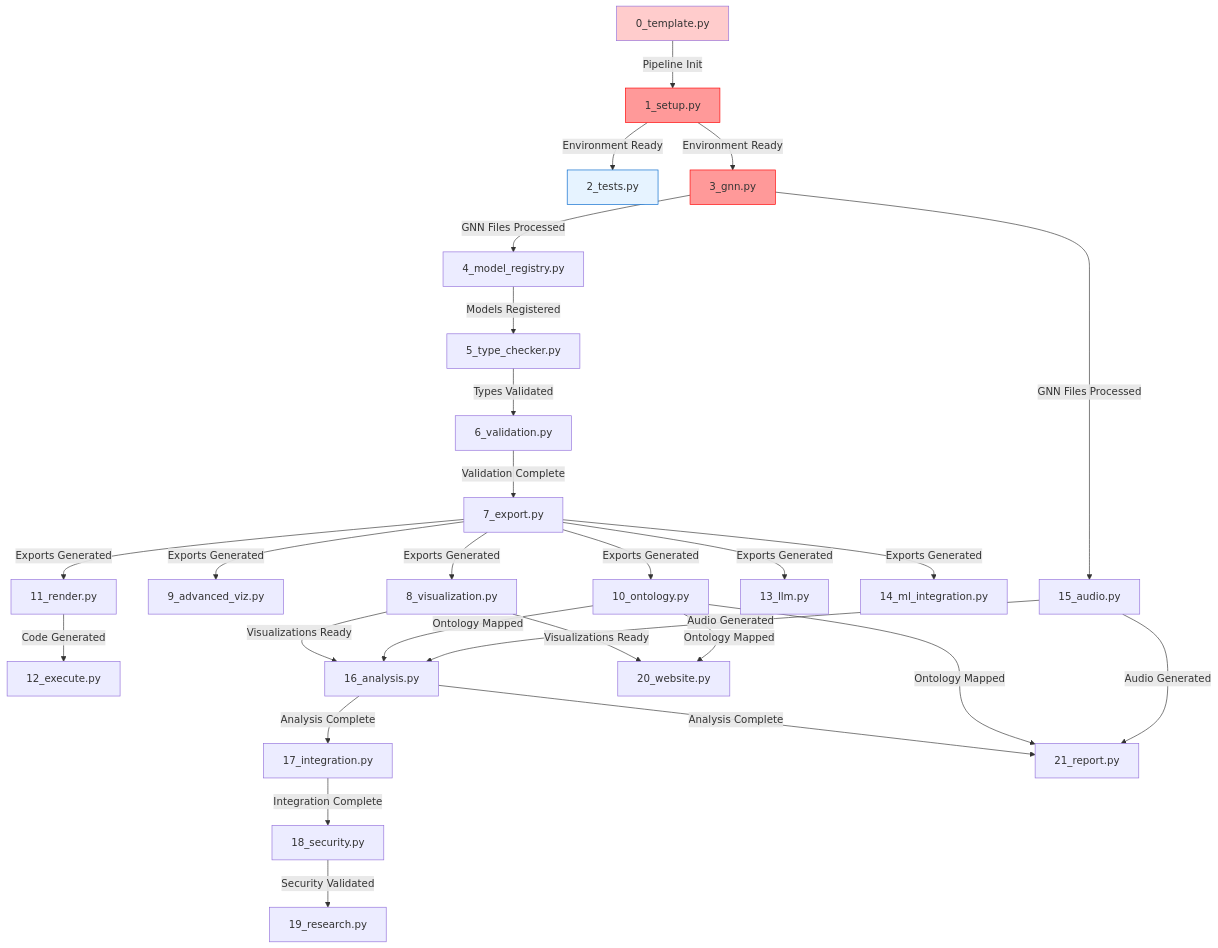
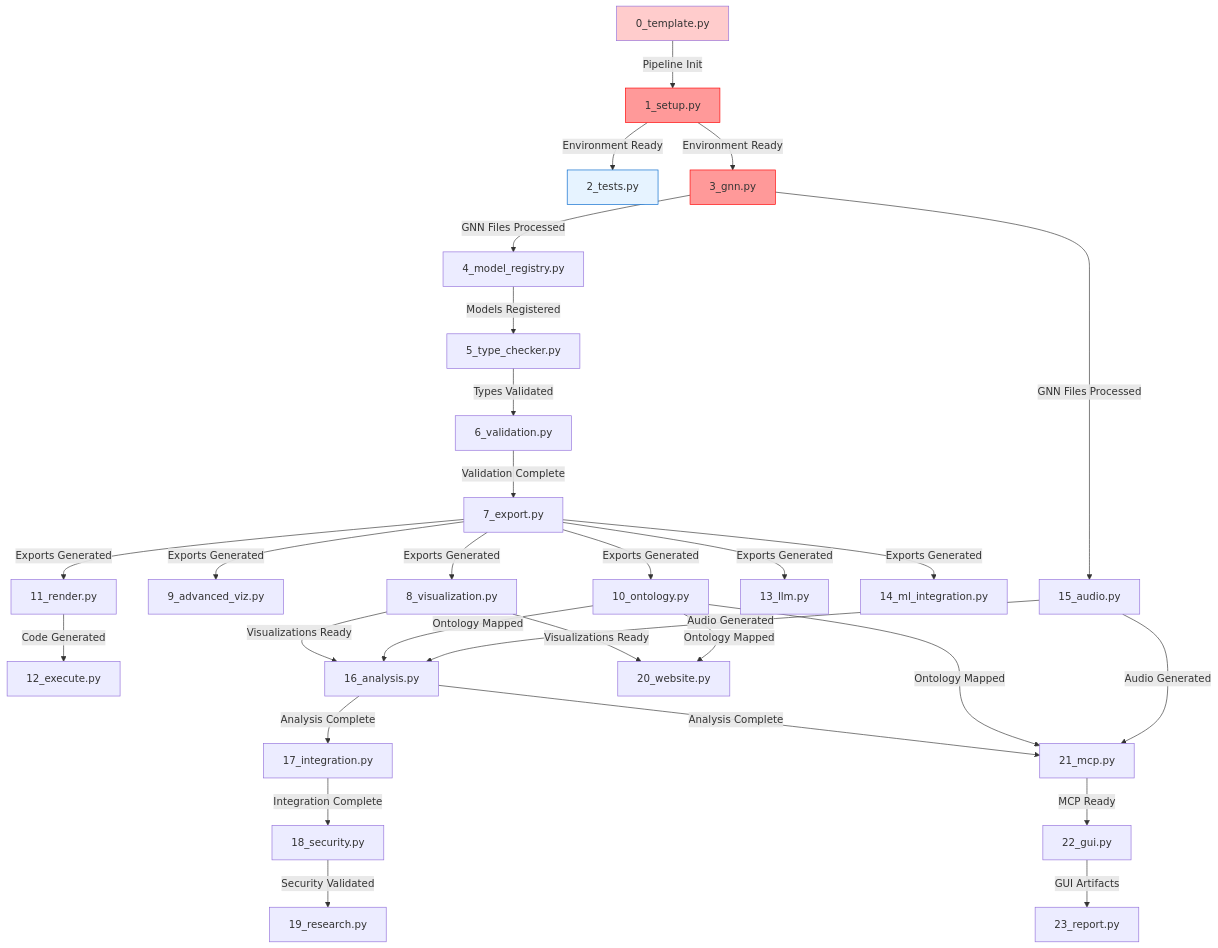
One commit to ActiveInferenceInstitute/GeneralizedNotationNotation changed the diagram in doc/pipeline/PIPELINE_FLOW.md. Above: the diagram before and after it, drawn with Mermaid. The commit also changed other lines of this file and 209 other files, not shown here.

````diff
--- a/doc/pipeline/PIPELINE_FLOW.md
+++ b/doc/pipeline/PIPELINE_FLOW.md
@@ -10,34 +10,36 @@
 ```mermaid
 graph TD
     A[0_template.py] -->|Pipeline Init| B[1_setup.py]
     B -->|Environment Ready| C[2_tests.py]
     B -->|Environment Ready| D[3_gnn.py]
     D -->|GNN Files Processed| E[4_model_registry.py]
     E -->|Models Registered| F[5_type_checker.py]
     F -->|Types Validated| G[6_validation.py]
     G -->|Validation Complete| H[7_export.py]
     H -->|Exports Generated| I[8_visualization.py]
     H -->|Exports Generated| J[9_advanced_viz.py]
     H -->|Exports Generated| K[10_ontology.py]
     H -->|Exports Generated| L[11_render.py]
     L -->|Code Generated| M[12_execute.py]
     H -->|Exports Generated| N[13_llm.py]
     H -->|Exports Generated| O[14_ml_integration.py]
     D -->|GNN Files Processed| P[15_audio.py]
     I -->|Visualizations Ready| Q[16_analysis.py]
     K -->|Ontology Mapped| Q
     P -->|Audio Generated| Q
     Q -->|Analysis Complete| R[17_integration.py]
     R -->|Integration Complete| S[18_security.py]
     S -->|Security Validated| T[19_research.py]
     I -->|Visualizations Ready| U[20_website.py]
     K -->|Ontology Mapped| U
-    Q -->|Analysis Complete| V[21_report.py]
+    Q -->|Analysis Complete| V[21_mcp.py]
+    V -->|MCP Ready| W[22_gui.py]
+    W -->|GUI Artifacts| X[23_report.py]
     K -->|Ontology Mapped| V
     P -->|Audio Generated| V
     
     style A fill:#ffcccc
     style B fill:#ff9999,stroke:#ff0000
     style D fill:#ff9999,stroke:#ff0000
     style C fill:#e6f3ff,stroke:#0066cc
 ```
````
